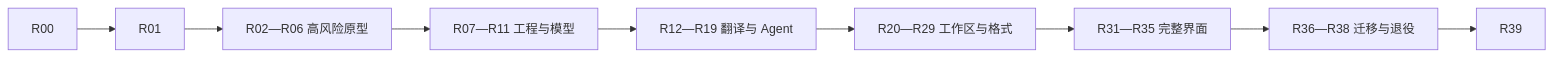
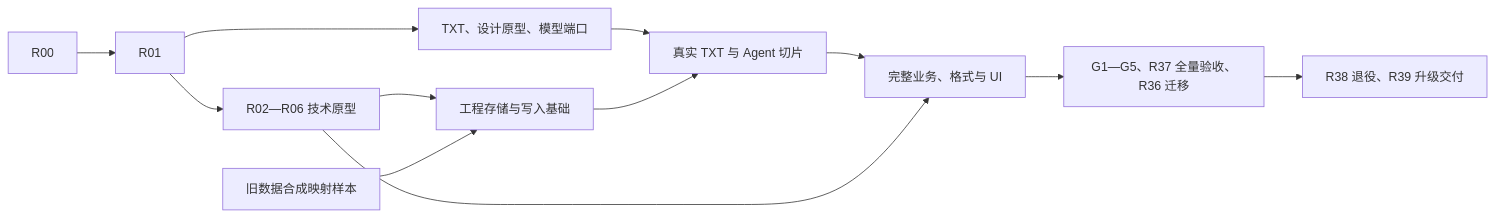
The diagram in docs/plans/2026-10-22-native-lg-rebuild/IMPLEMENTATION_PLAN.md (breakyuna/LightNovelTranslator), drawn with Mermaid before and after one commit. The commit also changed other lines of this file and 14 other files, not shown here.

````diff
--- a/docs/plans/2026-10-22-native-lg-rebuild/IMPLEMENTATION_PLAN.md
+++ b/docs/plans/2026-10-22-native-lg-rebuild/IMPLEMENTATION_PLAN.md
@@ -36,11 +36,14 @@
 ```mermaid
 flowchart LR
     R00 --> R01
-    R01 --> Gates["R02—R06 高风险原型"]
-    Gates --> Data["R07—R11 工程与模型"]
-    Data --> Core["R12—R19 翻译与 Agent"]
-    Core --> Full["R20—R29 工作区与格式"]
-    Full --> UI["R31—R35 完整界面"]
-    UI --> Migration["R36—R38 迁移与退役"]
-    Migration --> R39
+    R01 --> Gates["R02—R06 技术原型"]
+    R01 --> Basic["TXT、设计原型、模型端口"]
+    Gates --> Data["工程存储与写入基础"]
+    Basic --> Slice["真实 TXT 与 Agent 切片"]
+    Data --> Slice
+    Slice --> Full["完整业务、格式与 UI"]
+    Gates --> Full
+    Sample["旧数据合成映射样本"] --> Data
+    Full --> Verify["G1—G5、R37 全量验收、R36 迁移"]
+    Verify --> Retire["R38 退役、R39 升级交付"]
 ```
````
